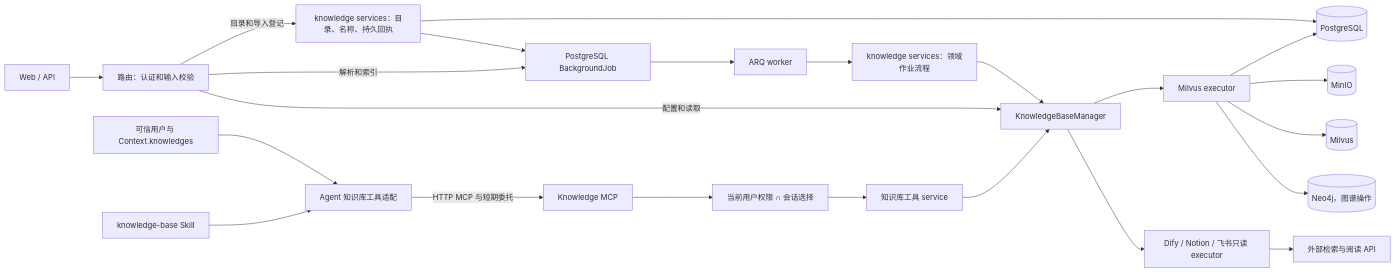
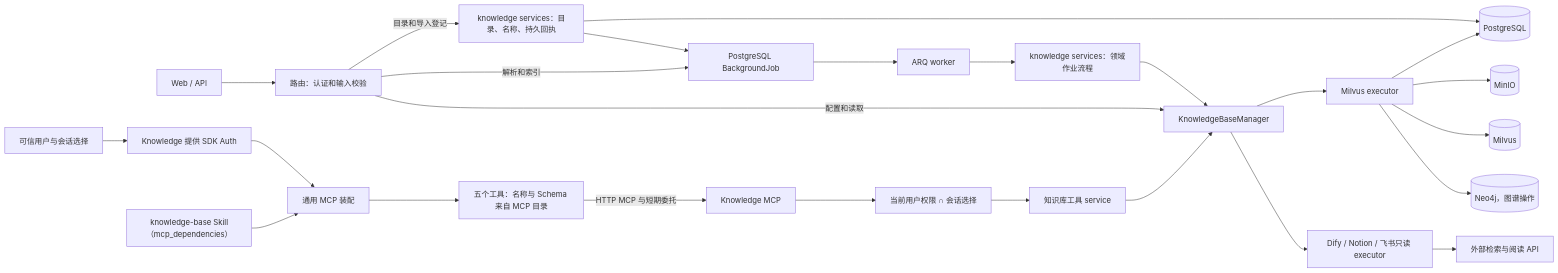
The first of 2 diagrams in docs/mechanisms/knowledge-base.md (xerrors/Yuxi-Know), drawn with Mermaid before and after one commit. The commit also changed other lines of this file and 62 other files, not shown here.

First line of the commit message:
refactor(knowledge): Knowledge MCP 收归域模块并收窄委托装配

````diff
--- a/docs/mechanisms/knowledge-base.md
+++ b/docs/mechanisms/knowledge-base.md
@@ -23,26 +23,28 @@
 ```mermaid
 flowchart LR
     UI["Web / API"] --> Router["路由：认证和输入校验"]
     Router -->|目录和导入登记| Import["knowledge services：目录、名称、持久回执"]
     Import --> PG
     Import --> Task["PostgreSQL BackgroundJob"]
     Router -->|解析和索引| Task
     Router -->|配置和读取| Manager
     Task --> Worker["ARQ worker"]
     Worker --> Handler["knowledge services：领域作业流程"]
     Handler --> Manager["KnowledgeBaseManager"]
     Manager --> MilvusKB["Milvus executor"]
     Manager --> Connector["Dify / Notion / 飞书只读 executor"]
     MilvusKB --> PG[("PostgreSQL")]
     MilvusKB --> Object[("MinIO")]
     MilvusKB --> Vector[("Milvus")]
     MilvusKB --> Graph[("Neo4j，图谱操作")]
     Connector --> External["外部检索与阅读 API"]
 
-    Context["可信用户与 Context.knowledges"] --> Tools["Agent 知识库工具适配"]
-    Skill["knowledge-base Skill"] --> Tools
+    Context["可信用户与会话选择"] --> Integration["Knowledge 提供 SDK Auth"]
+    Integration --> Loader["通用 MCP 装配"]
+    Skill["knowledge-base Skill（mcp_dependencies）"] --> Loader
+    Loader --> Tools["五个工具：名称与 Schema 来自 MCP 目录"]
     Tools -->|HTTP MCP 与短期委托| MCP["Knowledge MCP"]
     MCP --> Visible["当前用户权限 ∩ 会话选择"]
     Visible --> Service["知识库工具 service"]
     Service --> Manager
 ```
````
